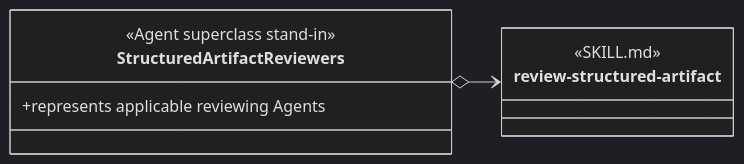
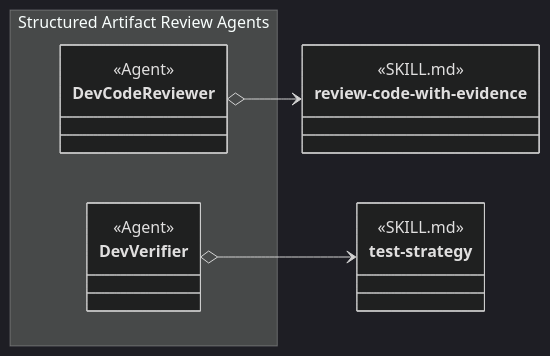
Diagram 16 of 16 in design/object-oriented-agent-and-skill-model.md (martinbechard/dev-methodology), drawn with Mermaid (dark theme) before and after one commit. The commit also changed other lines of this file and 8 other files, not shown here.

Commit message:
Clarify agent and skill group dependency views

````diff
--- a/design/object-oriented-agent-and-skill-model.md
+++ b/design/object-oriented-agent-and-skill-model.md
@@ -744,16 +769,26 @@
 ```mermaid
 classDiagram
     direction LR
 
-    class StructuredArtifactReviewers {
-        <<Agent superclass stand-in>>
-        +represents applicable reviewing Agents
+    namespace StructuredArtifactReviewAgents["Structured Artifact Review Agents"] {
+        class DevCodeReviewer {
+            <<Agent>>
+        }
+        class DevVerifier {
+            <<Agent>>
+        }
     }
 
-    class review-structured-artifact {
+    class review-code-with-evidence {
         <<SKILL.md>>
         <<Agent Skill>>
     }
 
-    StructuredArtifactReviewers o--> review-structured-artifact
+    class test-strategy {
+        <<SKILL.md>>
+        <<Agent Skill>>
+    }
+
+    DevCodeReviewer o--> review-code-with-evidence
+    DevVerifier o--> test-strategy
 ```
````
